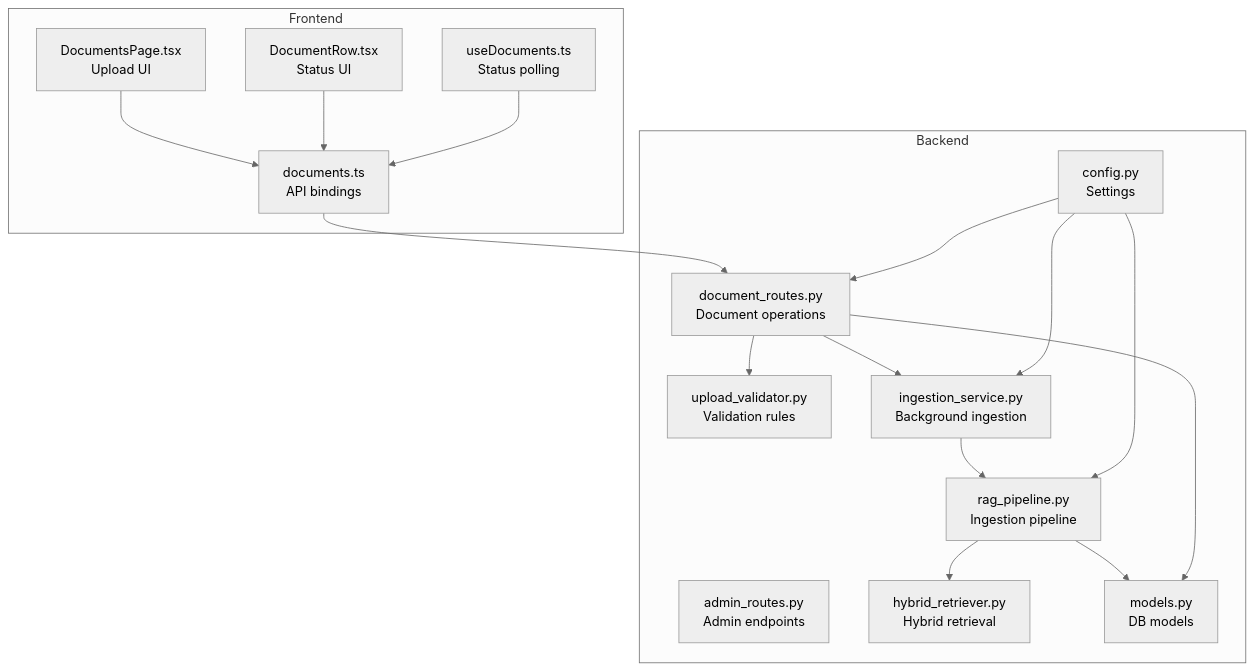
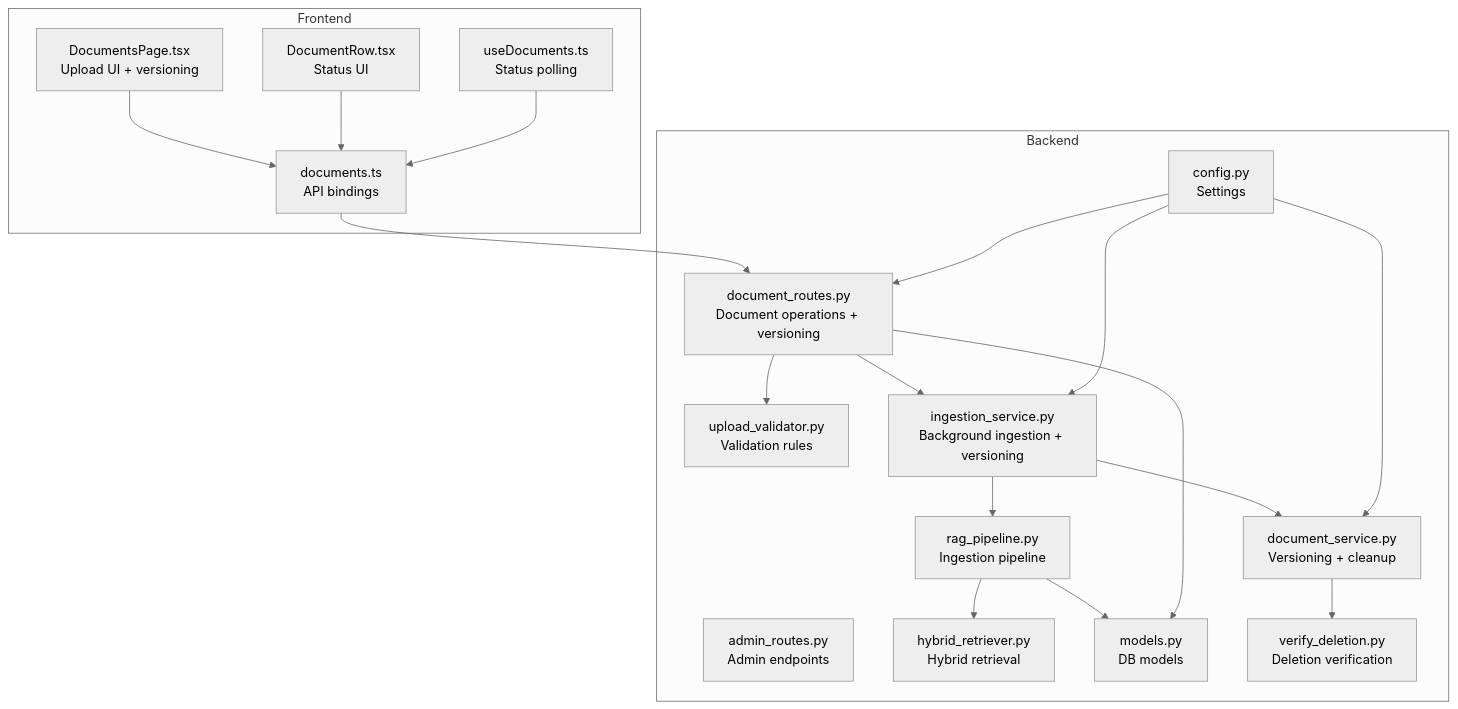
One commit to genes8/private-ai changed the first of 5 diagrams in .qoder/repowiki/en/content/API Reference/Administrative API/Document Management API.md. Above: the diagram before and after it, drawn with Mermaid (neutral theme). The commit also changed other lines of this file and 36 other files, not shown here.

````diff
--- a/.qoder/repowiki/en/content/API Reference/Administrative API/Document Management API.md
+++ b/.qoder/repowiki/en/content/API Reference/Administrative API/Document Management API.md
@@ -50,32 +60,36 @@
 ```mermaid
 graph TB
 subgraph "Backend"
 AR["admin_routes.py<br/>Admin endpoints"]
-DR["document_routes.py<br/>Document operations"]
+DR["document_routes.py<br/>Document operations + versioning"]
 UV["upload_validator.py<br/>Validation rules"]
-IS["ingestion_service.py<br/>Background ingestion"]
+IS["ingestion_service.py<br/>Background ingestion + versioning"]
 RP["rag_pipeline.py<br/>Ingestion pipeline"]
 HR["hybrid_retriever.py<br/>Hybrid retrieval"]
 DBM["models.py<br/>DB models"]
 CFG["config.py<br/>Settings"]
+DS["document_service.py<br/>Versioning + cleanup"]
+VD["verify_deletion.py<br/>Deletion verification"]
 end
 subgraph "Frontend"
 FE_DocAPI["documents.ts<br/>API bindings"]
-FE_DocPage["DocumentsPage.tsx<br/>Upload UI"]
+FE_DocPage["DocumentsPage.tsx<br/>Upload UI + versioning"]
 FE_DocRow["DocumentRow.tsx<br/>Status UI"]
 FE_UseDocs["useDocuments.ts<br/>Status polling"]
 end
 FE_DocAPI --> DR
 FE_DocPage --> FE_DocAPI
 FE_DocRow --> FE_DocAPI
 FE_UseDocs --> FE_DocAPI
 DR --> UV
 DR --> IS
 IS --> RP
+IS --> DS
 RP --> HR
 RP --> DBM
 DR --> DBM
 CFG --> DR
 CFG --> IS
-CFG --> RP
+CFG --> DS
+DS --> VD
 ```
````
